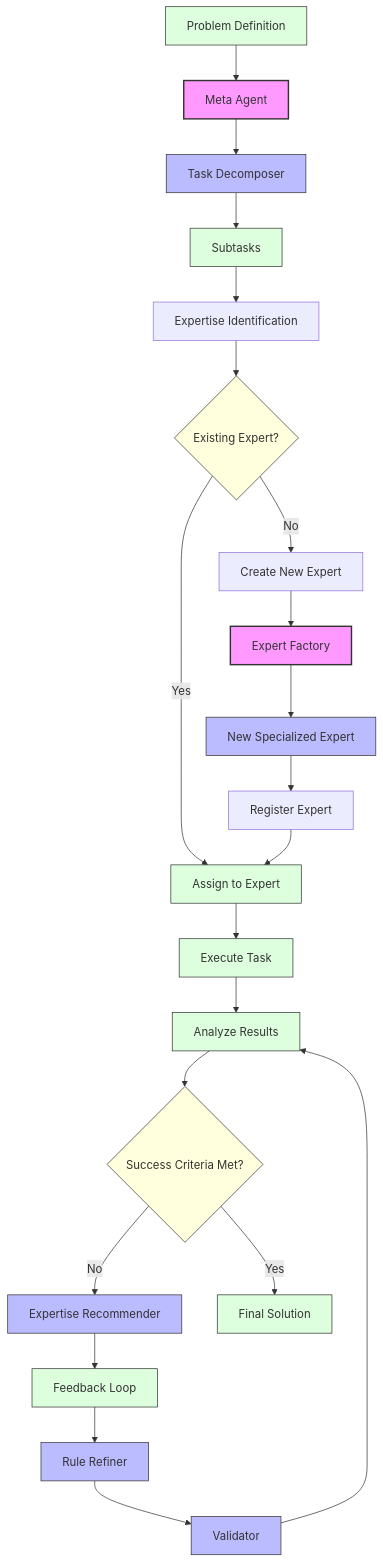
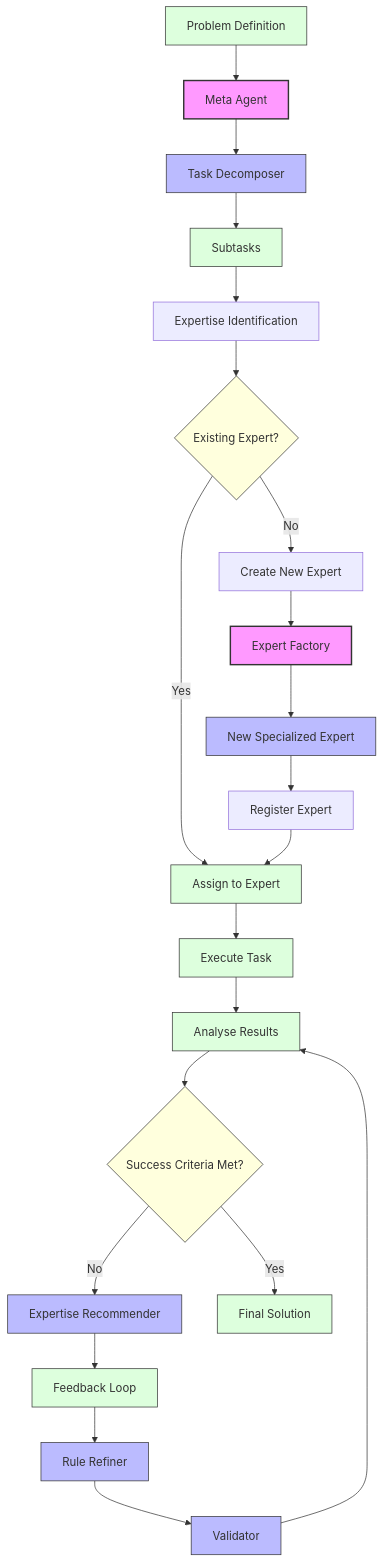
Before and after one commit to xwrx-io/meta-agent: the diagram in README.md, drawn with Mermaid. The commit also changed other lines of this file and 42 other files, not shown here.

````diff
--- a/README.md
+++ b/README.md
@@ -88,38 +91,38 @@
 ```mermaid
 graph TD
     Problem[Problem Definition] --> MetaAgent[Meta Agent]
     MetaAgent --> TaskDecomposer[Task Decomposer]
     TaskDecomposer --> Tasks[Subtasks]
     Tasks --> ExpertiseIdentification[Expertise Identification]
     
     ExpertiseIdentification --> ExistingExpert{Existing Expert?}
     ExistingExpert -->|Yes| AssignExpert[Assign to Expert]
     ExistingExpert -->|No| CreateExpert[Create New Expert]
     
     CreateExpert --> ExpertFactory[Expert Factory]
     ExpertFactory --> NewExpert[New Specialized Expert]
     NewExpert --> RegisterExpert[Register Expert]
     RegisterExpert --> AssignExpert
     
     AssignExpert --> TaskExecution[Execute Task]
-    TaskExecution --> ResultsAnalysis[Analyze Results]
+    TaskExecution --> ResultsAnalysis[Analyse Results]
     
     ResultsAnalysis --> SuccessCriteria{Success Criteria Met?}
     SuccessCriteria -->|No| ExpertiseRecommender[Expertise Recommender]
     ExpertiseRecommender --> FeedbackLoop[Feedback Loop]
     FeedbackLoop --> RuleRefiner[Rule Refiner]
     RuleRefiner --> Validator[Validator]
     Validator --> ResultsAnalysis
     
     SuccessCriteria -->|Yes| FinalSolution[Final Solution]
     
     classDef core fill:#f9f,stroke:#333,stroke-width:2px;
     classDef expert fill:#bbf,stroke:#333,stroke-width:1px;
     classDef process fill:#dfd,stroke:#333,stroke-width:1px;
     classDef decision fill:#ffd,stroke:#333,stroke-width:1px;
     
     class MetaAgent,ExpertFactory core;
     class TaskDecomposer,NewExpert,ExpertiseRecommender,RuleRefiner,Validator expert;
     class Problem,Tasks,AssignExpert,TaskExecution,ResultsAnalysis,FeedbackLoop,FinalSolution process;
     class ExistingExpert,SuccessCriteria decision;
 ```
````
